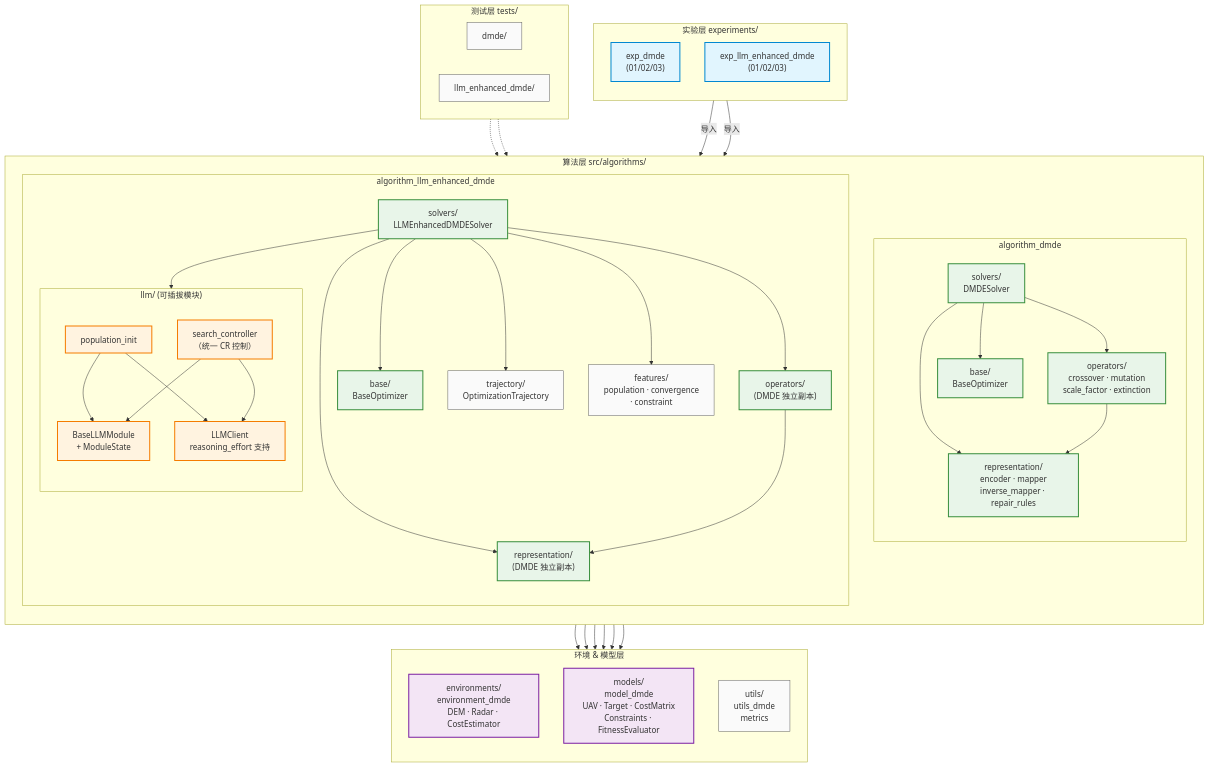
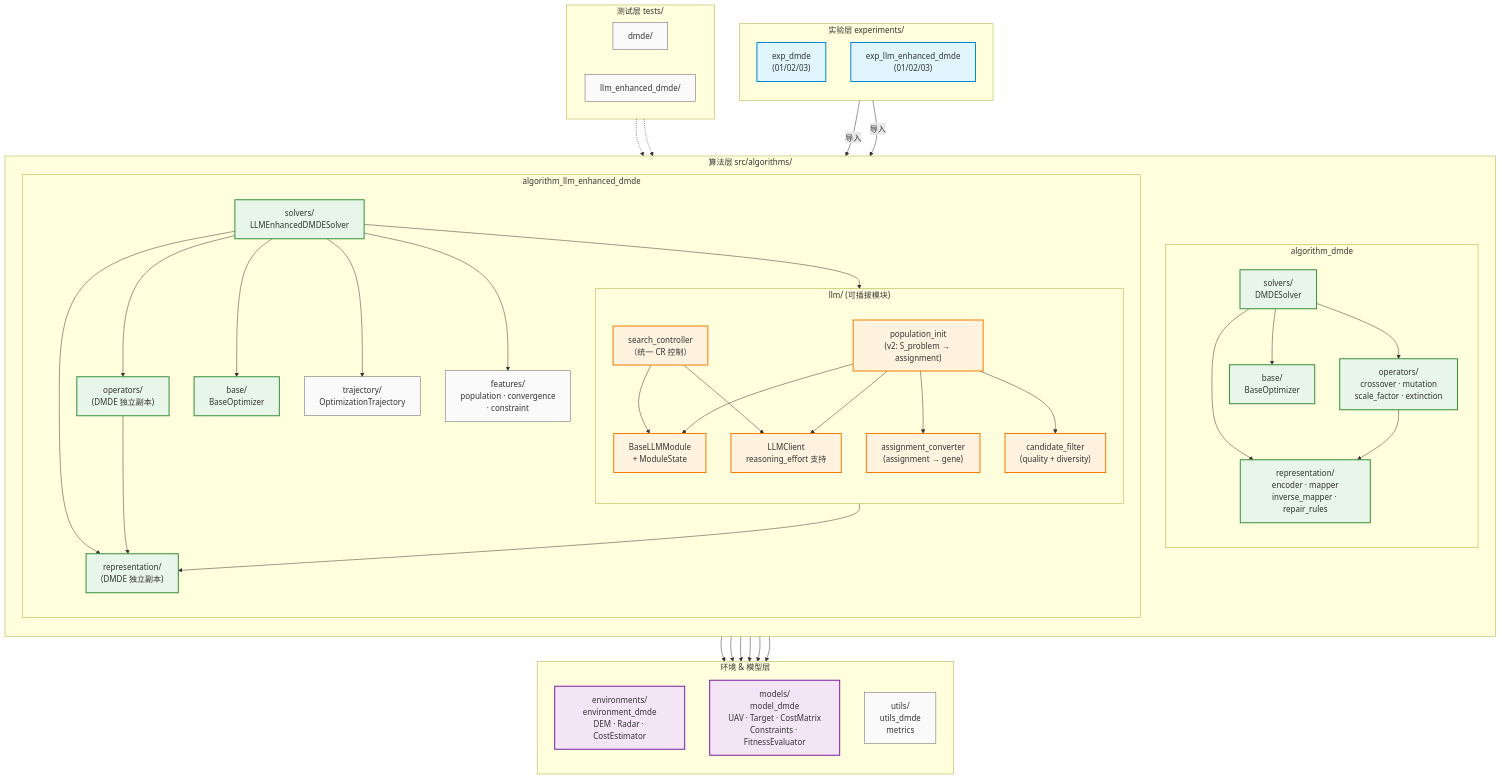
Before and after one commit to 909347194/Experiments-For-Dissertation: the second of 2 diagrams in README.md, drawn with Mermaid. The commit also changed other lines of this file, not shown here.

First line of the commit message:
docs: 更新 README 反映 LLM 种群初始化 v2 设计

```diff
--- a/README.md
+++ b/README.md
@@ -125,7 +135,9 @@
                 direction TB
                 LLM_base["BaseLLMModule<br/>+ ModuleState"]:::llm
                 LLM_client["LLMClient<br/>reasoning_effort 支持"]:::llm
-                LLM_pop["population_init"]:::llm
+                LLM_pop["population_init<br/>(v2: S_problem → assignment)"]:::llm
+                LLM_conv["assignment_converter<br/>(assignment → gene)"]:::llm
+                LLM_filt["candidate_filter<br/>(quality + diversity)"]:::llm
                 LLM_sc["search_controller<br/>（统一 CR 控制）"]:::llm
             end
 
@@ -174,6 +186,9 @@
     LLM_sc --> LLM_client
     LLM_pop --> LLM_base
     LLM_sc --> LLM_base
+    LLM_pop --> LLM_conv
+    LLM_pop --> LLM_filt
+    LLM_conv --> LLM_repr
 
     %% 两个算法模块 → 共享环境/模型层
     D_solver --> ENV
```
